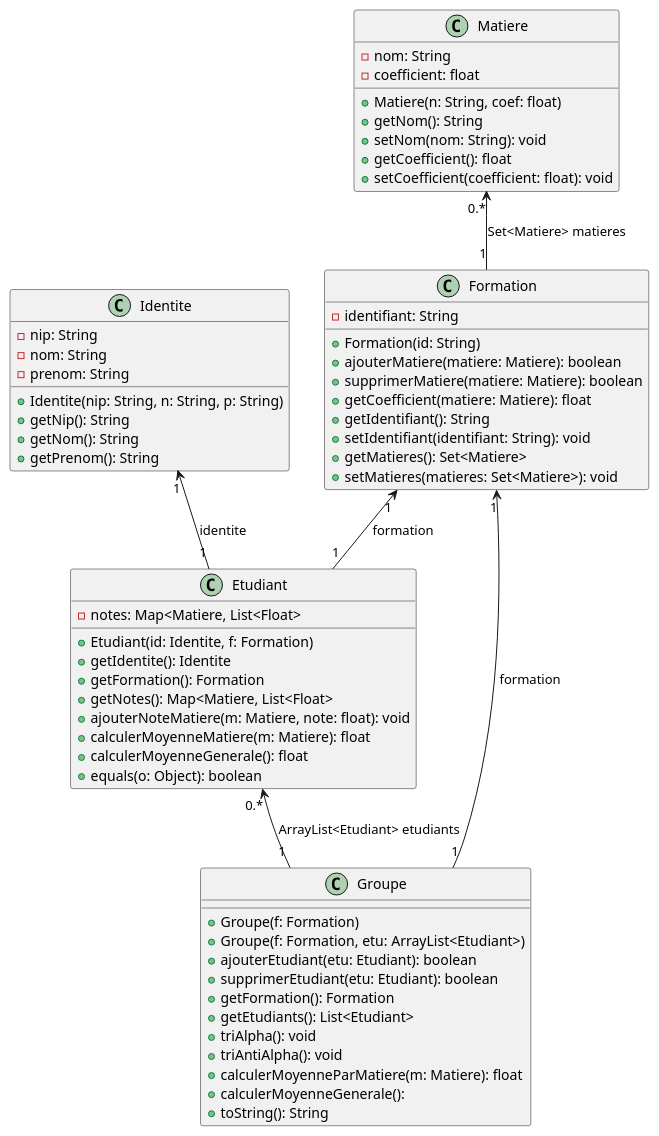
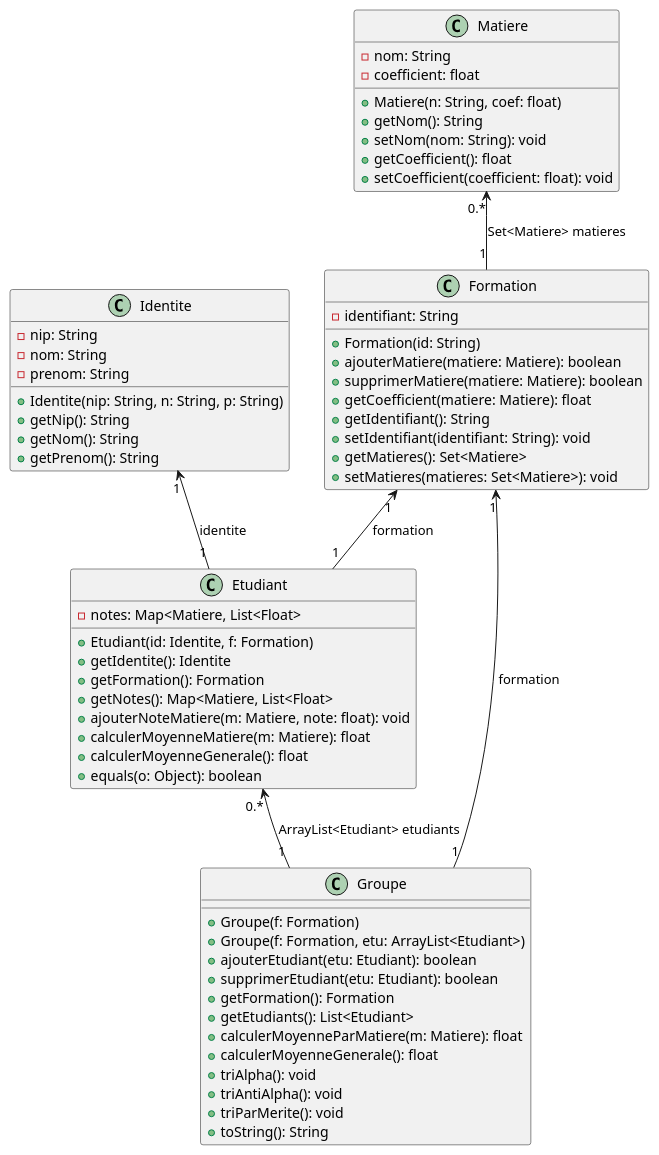
Before and after one commit to IUTNancyCharlemagne/r3-04-tp2-partie2-equipe-pierrot_troha: the diagram in ProjetFormation/DiagrammeDeClasses.puml, drawn with PlantUML. The commit also changed 3 other files, not shown here.

Commit message:
diagramme de classes fini version .png aussi

```diff
--- a/ProjetFormation/DiagrammeDeClasses.puml
+++ b/ProjetFormation/DiagrammeDeClasses.puml
@@ -1,66 +1,67 @@
 @startuml
 class Identite {
     - nip: String
     - nom: String
     - prenom: String
     + Identite(nip: String, n: String, p: String)
     + getNip(): String
     + getNom(): String
     + getPrenom(): String
 }
 
 class Etudiant{
     - notes: Map<Matiere, List<Float>
     + Etudiant(id: Identite, f: Formation)
     + getIdentite(): Identite
     + getFormation(): Formation
     + getNotes(): Map<Matiere, List<Float>
     + ajouterNoteMatiere(m: Matiere, note: float): void
     + calculerMoyenneMatiere(m: Matiere): float
     + calculerMoyenneGenerale(): float
     + equals(o: Object): boolean
 }
 
 class Formation {
   - identifiant: String
   + Formation(id: String)
   + ajouterMatiere(matiere: Matiere): boolean
   + supprimerMatiere(matiere: Matiere): boolean
   + getCoefficient(matiere: Matiere): float
   + getIdentifiant(): String
   + setIdentifiant(identifiant: String): void
   + getMatieres(): Set<Matiere>
   + setMatieres(matieres: Set<Matiere>): void
 }
 
 class Matiere {
     - nom: String
     - coefficient: float
     + Matiere(n: String, coef: float)
     + getNom(): String
     + setNom(nom: String): void
     + getCoefficient(): float
     + setCoefficient(coefficient: float): void
 }
 
 class Groupe {
   + Groupe(f: Formation)
   + Groupe(f: Formation, etu: ArrayList<Etudiant>)
   + ajouterEtudiant(etu: Etudiant): boolean
   + supprimerEtudiant(etu: Etudiant): boolean
   + getFormation(): Formation
   + getEtudiants(): List<Etudiant>
+  + calculerMoyenneParMatiere(m: Matiere): float
+  + calculerMoyenneGenerale(): float
   + triAlpha(): void
   + triAntiAlpha(): void
-  + calculerMoyenneParMatiere(m: Matiere): float
-  + calculerMoyenneGenerale():
+  + triParMerite(): void
   + toString(): String
 }
 
 
 Identite"1" <-- "1"Etudiant : identite
 Formation"1" <-- "1"Etudiant : formation
 Matiere"0.*" <--"1" Formation : Set<Matiere> matieres
 Etudiant"0.*" <-- "1" Groupe : ArrayList<Etudiant> etudiants
 Formation"1" <-- "1" Groupe : formation
 @enduml
```
